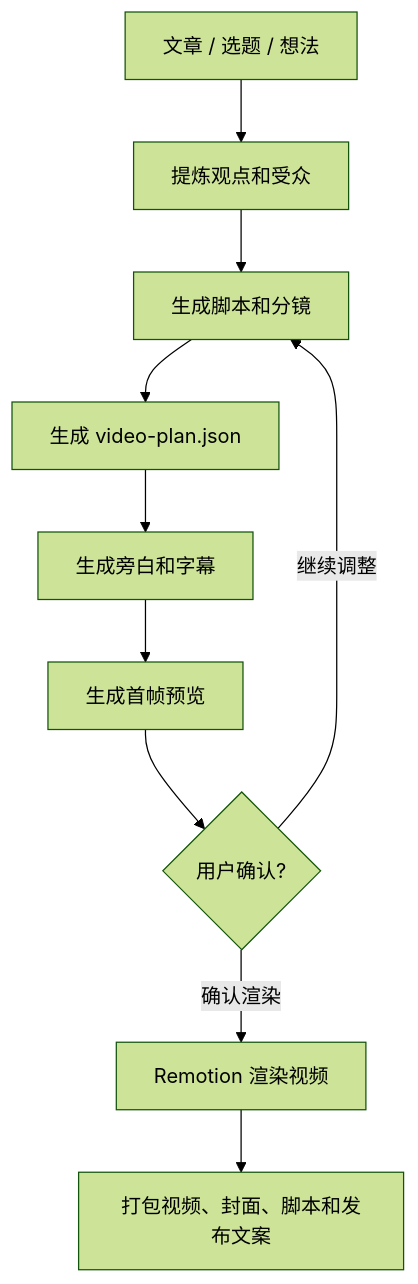
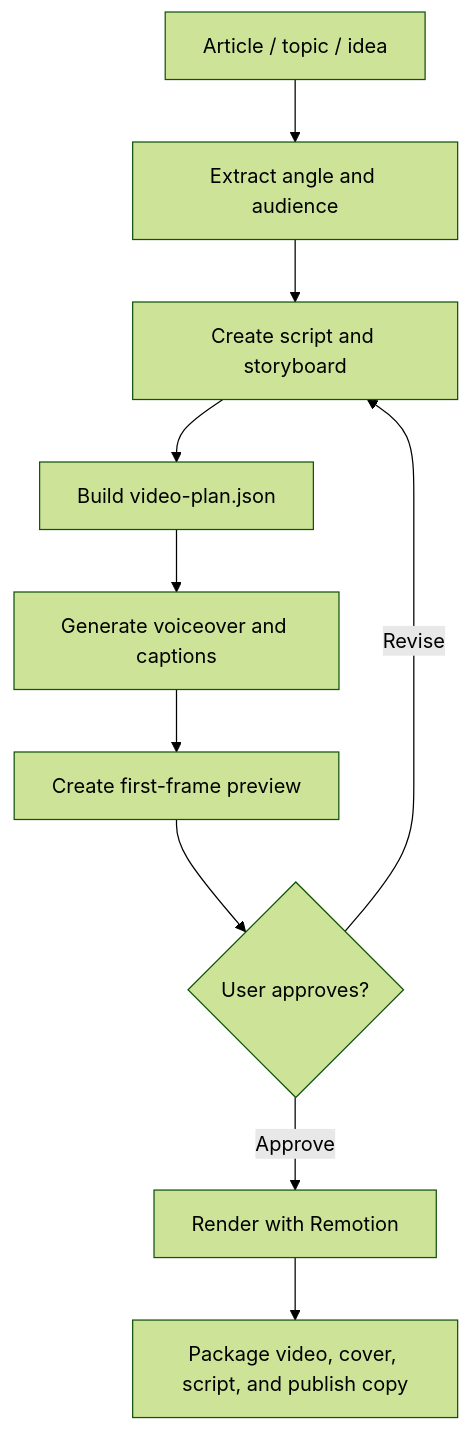
Before and after one commit to chemny/short-video-maker: the diagram in README.md, drawn with Mermaid (forest theme). The commit also changed other lines of this file and 53 other files, not shown here.

````diff
--- a/README.md
+++ b/README.md
@@ -26,12 +30,12 @@
 ```mermaid
 flowchart TD
-    A["文章 / 选题 / 想法"] --> B["提炼观点和受众"]
-    B --> C["生成脚本和分镜"]
-    C --> D["生成 video-plan.json"]
-    D --> E["生成旁白和字幕"]
-    E --> F["生成首帧预览"]
-    F --> G{"用户确认?"}
-    G -- "继续调整" --> C
-    G -- "确认渲染" --> H["Remotion 渲染视频"]
-    H --> I["打包视频、封面、脚本和发布文案"]
+    A["Article / topic / idea"] --> B["Extract angle and audience"]
+    B --> C["Create script and storyboard"]
+    C --> D["Build video-plan.json"]
+    D --> E["Generate voiceover and captions"]
+    E --> F["Create first-frame preview"]
+    F --> G{"User approves?"}
+    G -- "Revise" --> C
+    G -- "Approve" --> H["Render with Remotion"]
+    H --> I["Package video, cover, script, and publish copy"]
 ```
````
